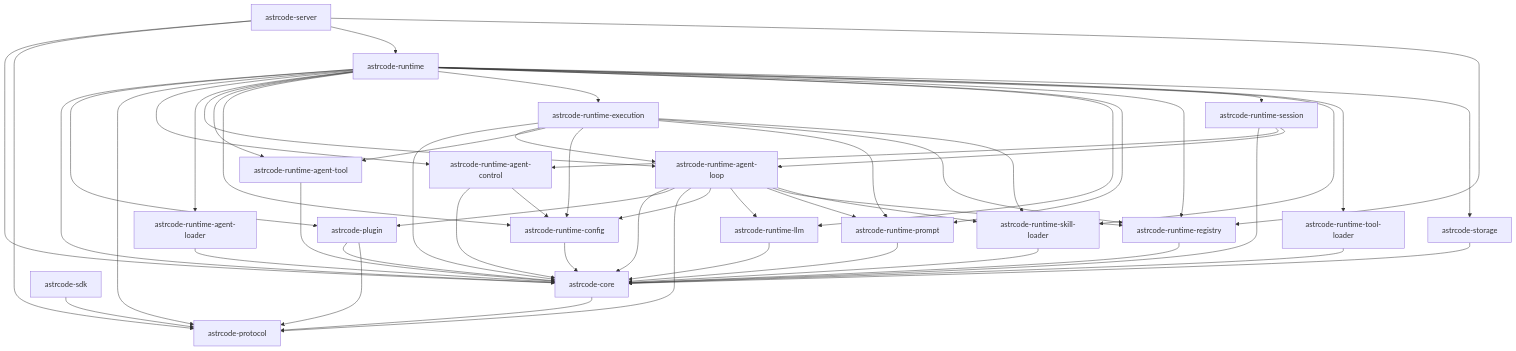
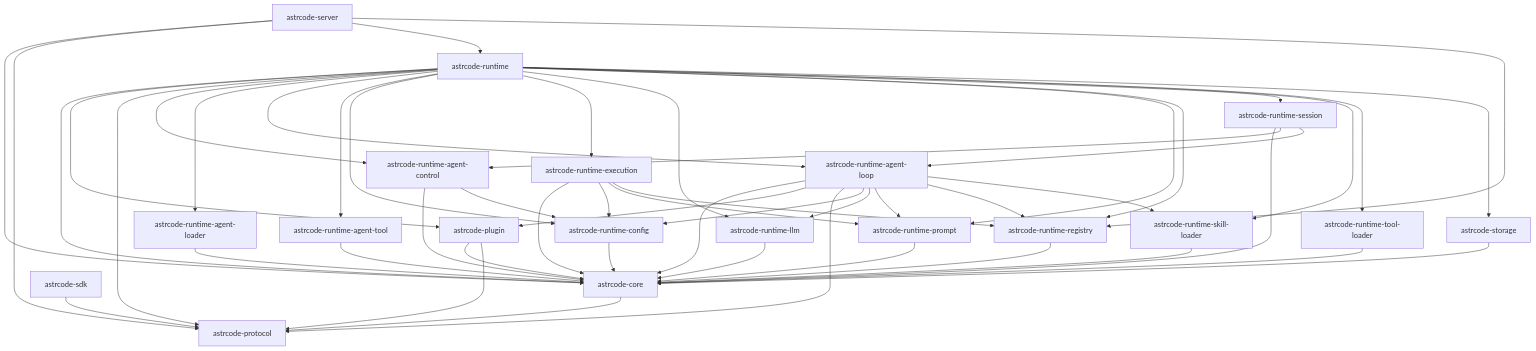
The diagram in docs/architecture/crates-dependency-graph.md (whatevertogo/Astrcode), drawn with Mermaid before and after one commit. The commit also changed other lines of this file and 2 other files, not shown here.

Commit message:
✨ feat(regressions): 添加阶段 0 基线回归套件，重命名回归脚本

````diff
--- a/docs/architecture/crates-dependency-graph.md
+++ b/docs/architecture/crates-dependency-graph.md
@@ -9,57 +9,54 @@
 ```mermaid
 graph TD
   astrcode-core[astrcode-core] --> astrcode-protocol[astrcode-protocol]
   astrcode-plugin[astrcode-plugin] --> astrcode-core[astrcode-core]
   astrcode-plugin[astrcode-plugin] --> astrcode-protocol[astrcode-protocol]
   astrcode-protocol[astrcode-protocol]
   astrcode-runtime[astrcode-runtime] --> astrcode-core[astrcode-core]
   astrcode-runtime[astrcode-runtime] --> astrcode-plugin[astrcode-plugin]
   astrcode-runtime[astrcode-runtime] --> astrcode-protocol[astrcode-protocol]
   astrcode-runtime[astrcode-runtime] --> astrcode-runtime-agent-control[astrcode-runtime-agent-control]
   astrcode-runtime[astrcode-runtime] --> astrcode-runtime-agent-loader[astrcode-runtime-agent-loader]
   astrcode-runtime[astrcode-runtime] --> astrcode-runtime-agent-loop[astrcode-runtime-agent-loop]
   astrcode-runtime[astrcode-runtime] --> astrcode-runtime-agent-tool[astrcode-runtime-agent-tool]
   astrcode-runtime[astrcode-runtime] --> astrcode-runtime-config[astrcode-runtime-config]
   astrcode-runtime[astrcode-runtime] --> astrcode-runtime-execution[astrcode-runtime-execution]
   astrcode-runtime[astrcode-runtime] --> astrcode-runtime-llm[astrcode-runtime-llm]
   astrcode-runtime[astrcode-runtime] --> astrcode-runtime-prompt[astrcode-runtime-prompt]
   astrcode-runtime[astrcode-runtime] --> astrcode-runtime-registry[astrcode-runtime-registry]
   astrcode-runtime[astrcode-runtime] --> astrcode-runtime-session[astrcode-runtime-session]
   astrcode-runtime[astrcode-runtime] --> astrcode-runtime-skill-loader[astrcode-runtime-skill-loader]
   astrcode-runtime[astrcode-runtime] --> astrcode-runtime-tool-loader[astrcode-runtime-tool-loader]
   astrcode-runtime[astrcode-runtime] --> astrcode-storage[astrcode-storage]
   astrcode-runtime-agent-control[astrcode-runtime-agent-control] --> astrcode-core[astrcode-core]
   astrcode-runtime-agent-control[astrcode-runtime-agent-control] --> astrcode-runtime-config[astrcode-runtime-config]
   astrcode-runtime-agent-loader[astrcode-runtime-agent-loader] --> astrcode-core[astrcode-core]
   astrcode-runtime-agent-loop[astrcode-runtime-agent-loop] --> astrcode-core[astrcode-core]
   astrcode-runtime-agent-loop[astrcode-runtime-agent-loop] --> astrcode-plugin[astrcode-plugin]
   astrcode-runtime-agent-loop[astrcode-runtime-agent-loop] --> astrcode-protocol[astrcode-protocol]
   astrcode-runtime-agent-loop[astrcode-runtime-agent-loop] --> astrcode-runtime-config[astrcode-runtime-config]
   astrcode-runtime-agent-loop[astrcode-runtime-agent-loop] --> astrcode-runtime-llm[astrcode-runtime-llm]
   astrcode-runtime-agent-loop[astrcode-runtime-agent-loop] --> astrcode-runtime-prompt[astrcode-runtime-prompt]
   astrcode-runtime-agent-loop[astrcode-runtime-agent-loop] --> astrcode-runtime-registry[astrcode-runtime-registry]
   astrcode-runtime-agent-loop[astrcode-runtime-agent-loop] --> astrcode-runtime-skill-loader[astrcode-runtime-skill-loader]
   astrcode-runtime-agent-tool[astrcode-runtime-agent-tool] --> astrcode-core[astrcode-core]
   astrcode-runtime-config[astrcode-runtime-config] --> astrcode-core[astrcode-core]
   astrcode-runtime-execution[astrcode-runtime-execution] --> astrcode-core[astrcode-core]
-  astrcode-runtime-execution[astrcode-runtime-execution] --> astrcode-runtime-agent-loop[astrcode-runtime-agent-loop]
-  astrcode-runtime-execution[astrcode-runtime-execution] --> astrcode-runtime-agent-tool[astrcode-runtime-agent-tool]
   astrcode-runtime-execution[astrcode-runtime-execution] --> astrcode-runtime-config[astrcode-runtime-config]
   astrcode-runtime-execution[astrcode-runtime-execution] --> astrcode-runtime-prompt[astrcode-runtime-prompt]
   astrcode-runtime-execution[astrcode-runtime-execution] --> astrcode-runtime-registry[astrcode-runtime-registry]
-  astrcode-runtime-execution[astrcode-runtime-execution] --> astrcode-runtime-skill-loader[astrcode-runtime-skill-loader]
   astrcode-runtime-llm[astrcode-runtime-llm] --> astrcode-core[astrcode-core]
   astrcode-runtime-prompt[astrcode-runtime-prompt] --> astrcode-core[astrcode-core]
   astrcode-runtime-registry[astrcode-runtime-registry] --> astrcode-core[astrcode-core]
   astrcode-runtime-session[astrcode-runtime-session] --> astrcode-core[astrcode-core]
   astrcode-runtime-session[astrcode-runtime-session] --> astrcode-runtime-agent-control[astrcode-runtime-agent-control]
   astrcode-runtime-session[astrcode-runtime-session] --> astrcode-runtime-agent-loop[astrcode-runtime-agent-loop]
   astrcode-runtime-skill-loader[astrcode-runtime-skill-loader] --> astrcode-core[astrcode-core]
   astrcode-runtime-tool-loader[astrcode-runtime-tool-loader] --> astrcode-core[astrcode-core]
   astrcode-sdk[astrcode-sdk] --> astrcode-protocol[astrcode-protocol]
   astrcode-server[astrcode-server] --> astrcode-core[astrcode-core]
   astrcode-server[astrcode-server] --> astrcode-protocol[astrcode-protocol]
   astrcode-server[astrcode-server] --> astrcode-runtime[astrcode-runtime]
   astrcode-server[astrcode-server] --> astrcode-runtime-registry[astrcode-runtime-registry]
   astrcode-storage[astrcode-storage] --> astrcode-core[astrcode-core]
 ```
````
